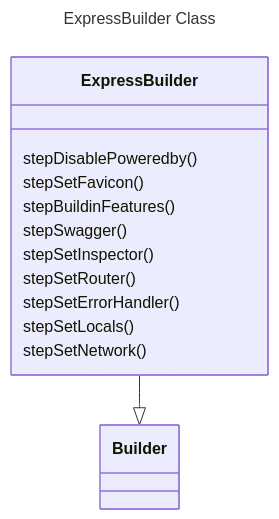
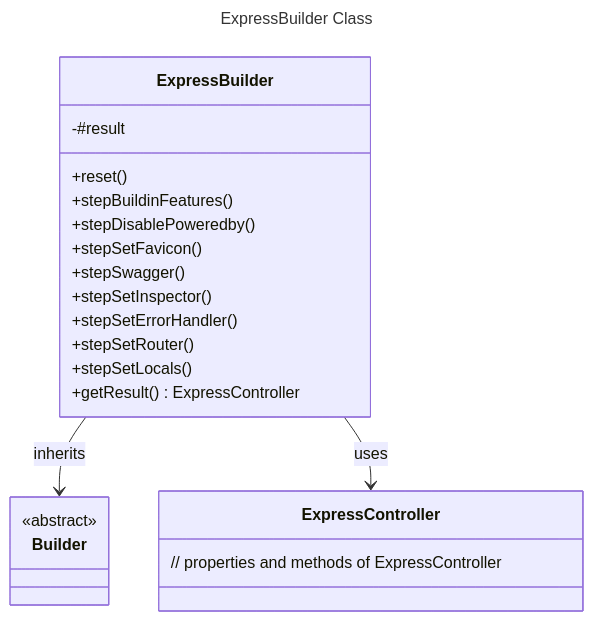
One commit to Cris-Mur/BasicAPI changed the second of 3 diagrams in docs/builder.md. Above: the diagram before and after it, drawn with Mermaid. The commit also changed other lines of this file and 1 other file, not shown here.

Commit message:
[Documentation][adds ExpressBuilder Documentation ]

````diff
--- a/docs/builder.md
+++ b/docs/builder.md
@@ -41,21 +42,30 @@
 ```mermaid
 ---
 title: ExpressBuilder Class
 ---
 classDiagram
-    Direction LR
+    class Builder {
+        <<abstract>>
+    }
+
+    class ExpressController {
+        // properties and methods of ExpressController
+    }
 
     class ExpressBuilder {
-        stepDisablePoweredby()
-        stepSetFavicon()
-        stepBuildinFeatures()
-        stepSwagger()
-        stepSetInspector()
-        stepSetRouter()
-        stepSetErrorHandler()
-        stepSetLocals()
-        stepSetNetwork()
+        -#result
+        +reset()
+        +stepBuildinFeatures()
+        +stepDisablePoweredby()
+        +stepSetFavicon()
+        +stepSwagger()
+        +stepSetInspector()
+        +stepSetErrorHandler()
+        +stepSetRouter()
+        +stepSetLocals()
+        +getResult() ExpressController
     }
 
-    ExpressBuilder --|> Builder
+    ExpressBuilder --> Builder : inherits
+    ExpressBuilder --> ExpressController : uses
 ```
````
